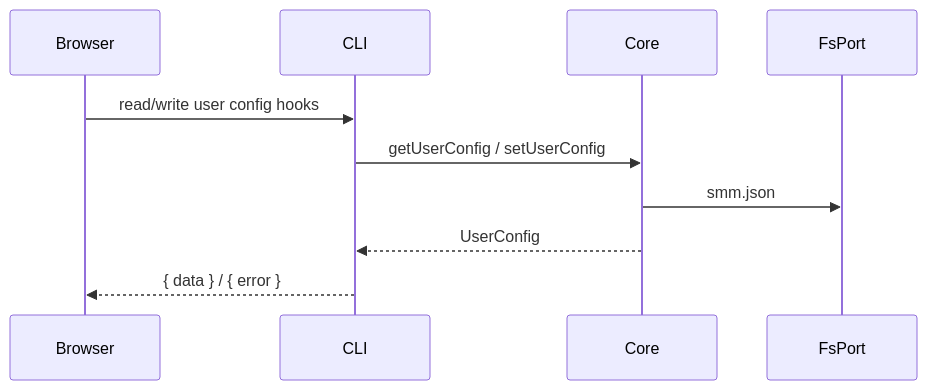
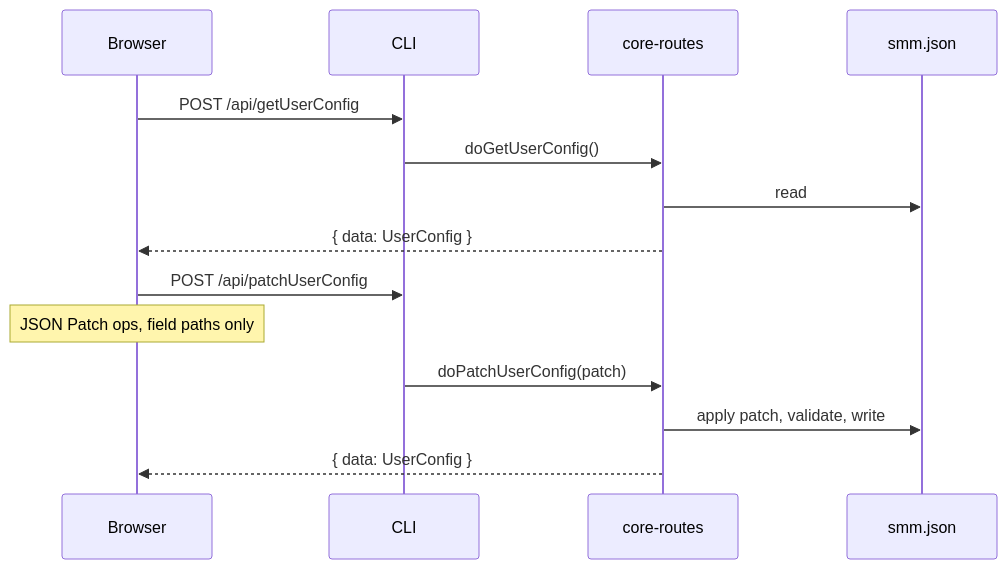
One commit to lawrenceching/SMM changed the fifth of 5 diagrams in docs/dev/config.md. Above: the diagram before and after it, drawn with Mermaid. The commit also changed other lines of this file and 48 other files, not shown here.

First line of the commit message:
feat: update user config with JSON Patch instead of raw file IO

````diff
--- a/docs/dev/config.md
+++ b/docs/dev/config.md
@@ -70,13 +70,18 @@
 ```mermaid
 sequenceDiagram
   participant Browser
   participant CLI
-  participant Core
-  participant Fs as FsPort
+  participant CoreRoutes as core-routes
+  participant Fs as smm.json
 
-  Browser->>CLI: read/write user config hooks
-  CLI->>Core: getUserConfig / setUserConfig
-  Core->>Fs: smm.json
-  Core-->>CLI: UserConfig
-  CLI-->>Browser: { data } / { error }
+  Browser->>CLI: POST /api/getUserConfig
+  CLI->>CoreRoutes: doGetUserConfig()
+  CoreRoutes->>Fs: read
+  CoreRoutes-->>Browser: { data: UserConfig }
+
+  Browser->>CLI: POST /api/patchUserConfig
+  Note over Browser: JSON Patch ops, field paths only
+  CLI->>CoreRoutes: doPatchUserConfig(patch)
+  CoreRoutes->>Fs: apply patch, validate, write
+  CoreRoutes-->>Browser: { data: UserConfig }
 ```
````
